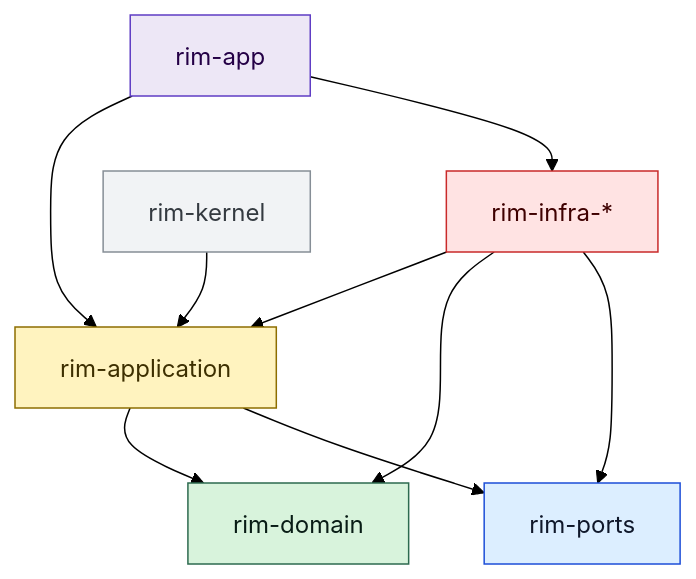
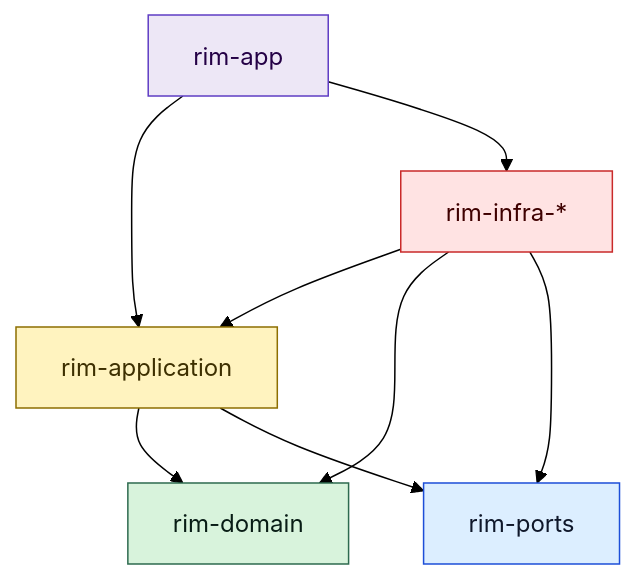
One commit to zooeywm/rim changed the diagram in ADR/0001-layered-hexagonal-architecture.md. Above: the diagram before and after it, drawn with Mermaid (forest theme). The commit also changed other lines of this file and 27 other files, not shown here.

Commit message:
refactor: remove rim-kernel and finalize layered hexagonal architecture

````diff
--- a/ADR/0001-layered-hexagonal-architecture.md
+++ b/ADR/0001-layered-hexagonal-architecture.md
@@ -28,25 +27,22 @@
 ```mermaid
 flowchart TD
     Domain["rim-domain"]:::domain
     Application["rim-application"]:::application
     Ports["rim-ports"]:::ports
     Infra["rim-infra-*"]:::infra
     App["rim-app"]:::app
-    Kernel["rim-kernel"]:::legacy
 
     Application --> Domain
     Application --> Ports
     Infra --> Application
     Infra --> Domain
     Infra --> Ports
     App --> Application
     App --> Infra
-    Kernel --> Application
 
     classDef domain fill:#d8f3dc,stroke:#2d6a4f,color:#081c15;
     classDef application fill:#fff3bf,stroke:#8d6e00,color:#3d2f00;
     classDef ports fill:#dceeff,stroke:#1d4ed8,color:#0f172a;
     classDef infra fill:#ffe3e3,stroke:#c92a2a,color:#3f0000;
     classDef app fill:#ede7f6,stroke:#5f3dc4,color:#240046;
-    classDef legacy fill:#f1f3f5,stroke:#868e96,color:#343a40;
 ```
````
